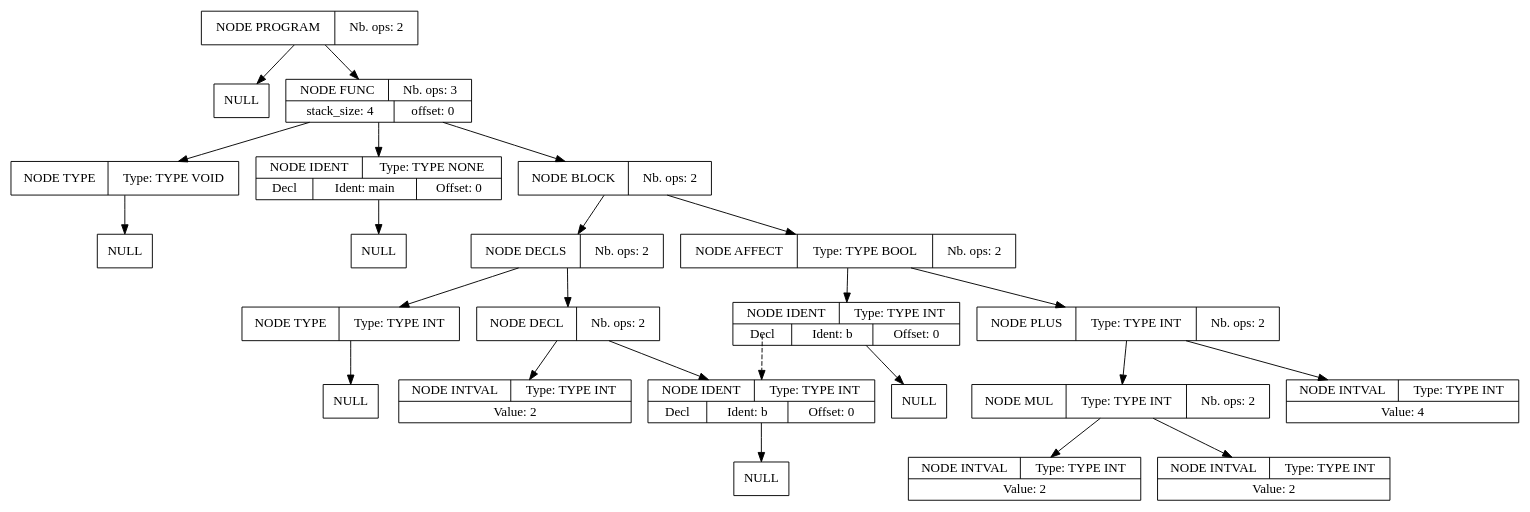
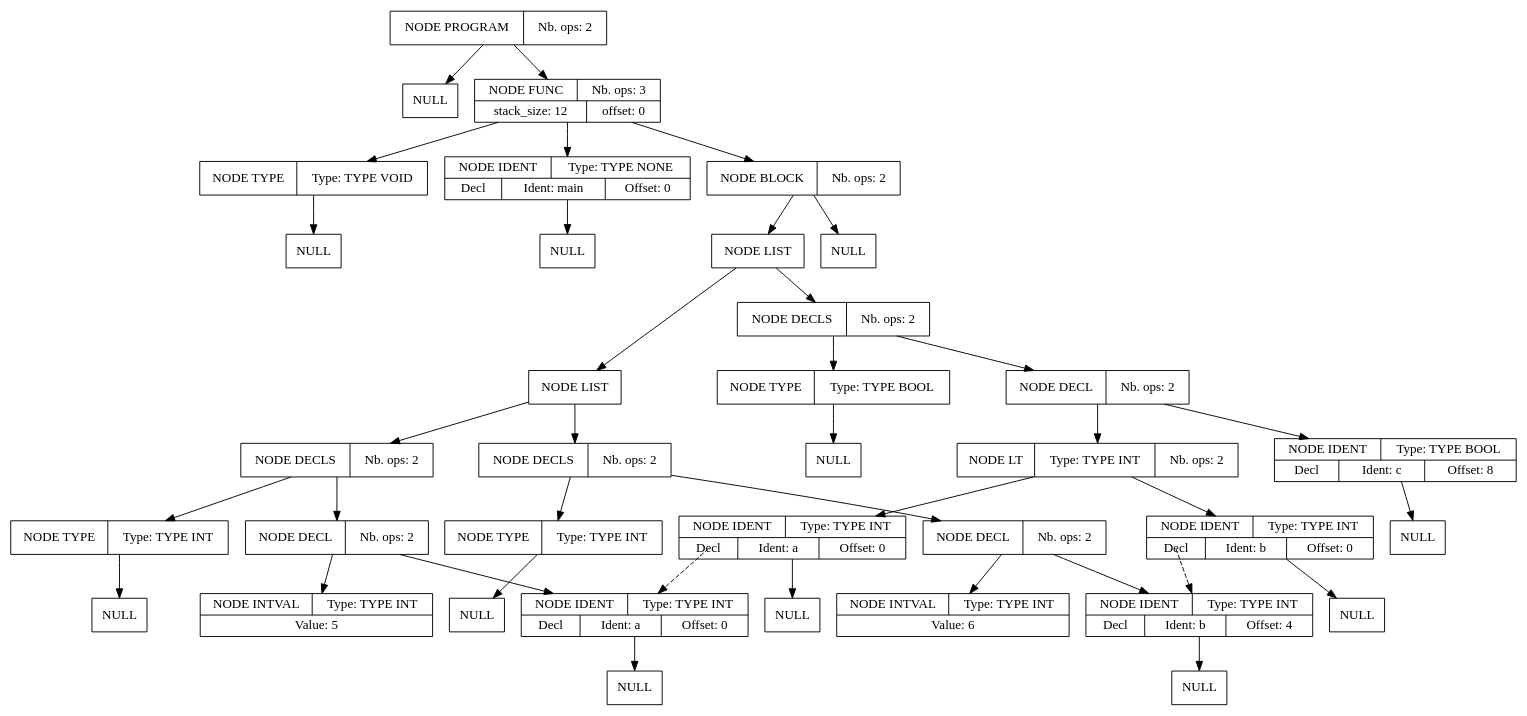
The diagram in src/post_pass1.dot (Harian-Elyoth/CompilateurMiniC), drawn with Graphviz before and after one commit. The commit also changed 6 other files, not shown here.

```diff
--- a/src/post_pass1.dot
+++ b/src/post_pass1.dot
@@ -1,71 +1,112 @@
 digraph global_vars {
     N1 [shape=record, label="{{NODE PROGRAM|Nb. ops: 2}}"];
     N2 [shape=record, label="{{NULL}}"];
     edge[tailclip=true];
     N1 -> N2
-    N3 [shape=record, label="{{NODE FUNC|Nb. ops: 3}|{stack_size: 4|offset: 0}}"];
+    N3 [shape=record, label="{{NODE FUNC|Nb. ops: 3}|{stack_size: 12|offset: 0}}"];
     N4 [shape=record, label="{{NODE TYPE|Type: TYPE VOID}}"];
     N5 [shape=record, label="{{NULL}}"];
     edge[tailclip=true];
     N4 -> N5
     edge[tailclip=true];
     N3 -> N4
     N6 [shape=record, label="{{NODE IDENT|Type: TYPE NONE}|{<decl>Decl      |Ident: main|Offset: 0}}"];
     N7 [shape=record, label="{{NULL}}"];
     edge[tailclip=true];
     N6 -> N7
     edge[tailclip=true];
     N3 -> N6
     N8 [shape=record, label="{{NODE BLOCK|Nb. ops: 2}}"];
-    N9 [shape=record, label="{{NODE DECLS|Nb. ops: 2}}"];
-    N10 [shape=record, label="{{NODE TYPE|Type: TYPE INT}}"];
-    N11 [shape=record, label="{{NULL}}"];
+    N9 [shape=record, label="{{NODE LIST}}"];
+    N10 [shape=record, label="{{NODE LIST}}"];
+    N11 [shape=record, label="{{NODE DECLS|Nb. ops: 2}}"];
+    N12 [shape=record, label="{{NODE TYPE|Type: TYPE INT}}"];
+    N13 [shape=record, label="{{NULL}}"];
+    edge[tailclip=true];
+    N12 -> N13
+    edge[tailclip=true];
+    N11 -> N12
+    N14 [shape=record, label="{{NODE DECL|Nb. ops: 2}}"];
+    N15 [shape=record, label="{{NODE IDENT|Type: TYPE INT}|{<decl>Decl      |Ident: a|Offset: 0}}"];
+    N16 [shape=record, label="{{NULL}}"];
+    edge[tailclip=true];
+    N15 -> N16
+    edge[tailclip=true];
+    N14 -> N15
+    N17 [shape=record, label="{{NODE INTVAL|Type: TYPE INT}|{Value: 5}}"];
+    edge[tailclip=true];
+    N14 -> N17
+    edge[tailclip=true];
+    N11 -> N14
     edge[tailclip=true];
     N10 -> N11
+    N18 [shape=record, label="{{NODE DECLS|Nb. ops: 2}}"];
+    N19 [shape=record, label="{{NODE TYPE|Type: TYPE INT}}"];
+    N20 [shape=record, label="{{NULL}}"];
+    edge[tailclip=true];
+    N19 -> N20
+    edge[tailclip=true];
+    N18 -> N19
+    N21 [shape=record, label="{{NODE DECL|Nb. ops: 2}}"];
+    N22 [shape=record, label="{{NODE IDENT|Type: TYPE INT}|{<decl>Decl      |Ident: b|Offset: 4}}"];
+    N23 [shape=record, label="{{NULL}}"];
+    edge[tailclip=true];
+    N22 -> N23
+    edge[tailclip=true];
+    N21 -> N22
+    N24 [shape=record, label="{{NODE INTVAL|Type: TYPE INT}|{Value: 6}}"];
+    edge[tailclip=true];
+    N21 -> N24
+    edge[tailclip=true];
+    N18 -> N21
+    edge[tailclip=true];
+    N10 -> N18
     edge[tailclip=true];
     N9 -> N10
-    N12 [shape=record, label="{{NODE DECL|Nb. ops: 2}}"];
-    N13 [shape=record, label="{{NODE IDENT|Type: TYPE INT}|{<decl>Decl      |Ident: b|Offset: 0}}"];
-    N14 [shape=record, label="{{NULL}}"];
+    N25 [shape=record, label="{{NODE DECLS|Nb. ops: 2}}"];
+    N26 [shape=record, label="{{NODE TYPE|Type: TYPE BOOL}}"];
+    N27 [shape=record, label="{{NULL}}"];
     edge[tailclip=true];
-    N13 -> N14
+    N26 -> N27
     edge[tailclip=true];
-    N12 -> N13
-    N15 [shape=record, label="{{NODE INTVAL|Type: TYPE INT}|{Value: 2}}"];
+    N25 -> N26
+    N28 [shape=record, label="{{NODE DECL|Nb. ops: 2}}"];
+    N29 [shape=record, label="{{NODE IDENT|Type: TYPE BOOL}|{<decl>Decl      |Ident: c|Offset: 8}}"];
+    N30 [shape=record, label="{{NULL}}"];
     edge[tailclip=true];
-    N12 -> N15
+    N29 -> N30
     edge[tailclip=true];
-    N9 -> N12
+    N28 -> N29
+    N31 [shape=record, label="{{NODE LT|Type: TYPE INT|Nb. ops: 2}}"];
+    N32 [shape=record, label="{{NODE IDENT|Type: TYPE INT}|{<decl>Decl      |Ident: a|Offset: 0}}"];
+    edge[tailclip=false];
+    "N32":decl:c -> "N15" [style=dashed]
+    N33 [shape=record, label="{{NULL}}"];
+    edge[tailclip=true];
+    N32 -> N33
+    edge[tailclip=true];
+    N31 -> N32
+    N34 [shape=record, label="{{NODE IDENT|Type: TYPE INT}|{<decl>Decl      |Ident: b|Offset: 0}}"];
+    edge[tailclip=false];
+    "N34":decl:c -> "N22" [style=dashed]
+    N35 [shape=record, label="{{NULL}}"];
+    edge[tailclip=true];
+    N34 -> N35
+    edge[tailclip=true];
+    N31 -> N34
+    edge[tailclip=true];
+    N28 -> N31
+    edge[tailclip=true];
+    N25 -> N28
+    edge[tailclip=true];
+    N9 -> N25
     edge[tailclip=true];
     N8 -> N9
-    N16 [shape=record, label="{{NODE AFFECT|Type: TYPE BOOL|Nb. ops: 2}}"];
-    N17 [shape=record, label="{{NODE IDENT|Type: TYPE INT}|{<decl>Decl      |Ident: b|Offset: 0}}"];
-    edge[tailclip=false];
-    "N17":decl:c -> "N13" [style=dashed]
-    N18 [shape=record, label="{{NULL}}"];
+    N36 [shape=record, label="{{NULL}}"];
     edge[tailclip=true];
-    N17 -> N18
-    edge[tailclip=true];
-    N16 -> N17
-    N19 [shape=record, label="{{NODE PLUS|Type: TYPE INT|Nb. ops: 2}}"];
-    N20 [shape=record, label="{{NODE MUL|Type: TYPE INT|Nb. ops: 2}}"];
-    N21 [shape=record, label="{{NODE INTVAL|Type: TYPE INT}|{Value: 2}}"];
-    edge[tailclip=true];
-    N20 -> N21
-    N22 [shape=record, label="{{NODE INTVAL|Type: TYPE INT}|{Value: 2}}"];
-    edge[tailclip=true];
-    N20 -> N22
-    edge[tailclip=true];
-    N19 -> N20
-    N23 [shape=record, label="{{NODE INTVAL|Type: TYPE INT}|{Value: 4}}"];
-    edge[tailclip=true];
-    N19 -> N23
-    edge[tailclip=true];
-    N16 -> N19
-    edge[tailclip=true];
-    N8 -> N16
+    N8 -> N36
     edge[tailclip=true];
     N3 -> N8
     edge[tailclip=true];
     N1 -> N3
 }
```
